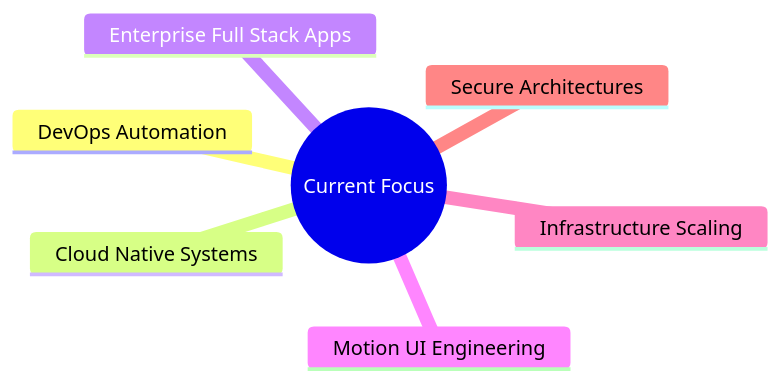
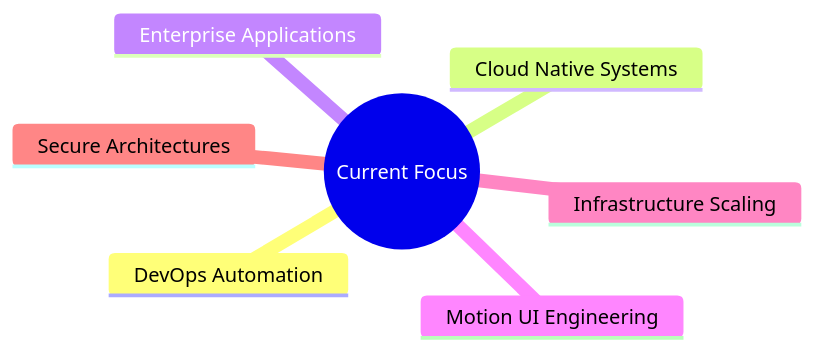
One commit to nanineelapu/nanineelapu changed the diagram in README.md. Above: the diagram before and after it, drawn with Mermaid. The commit also changed other lines of this file, not shown here.

````diff
--- a/README.md
+++ b/README.md
@@ -111,10 +150,10 @@
 ```mermaid
 mindmap
   root((Current Focus))
     DevOps Automation
     Cloud Native Systems
-    Enterprise Full Stack Apps
+    Enterprise Applications
     Motion UI Engineering
     Infrastructure Scaling
     Secure Architectures
 ```
````
